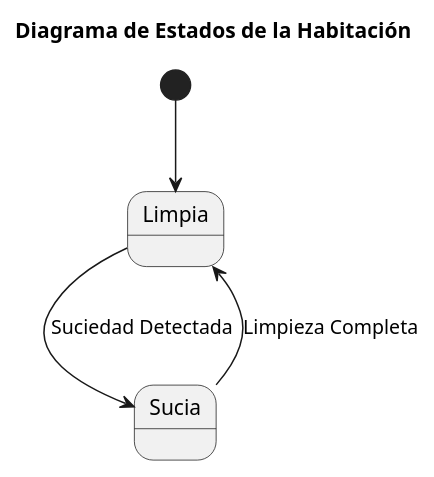
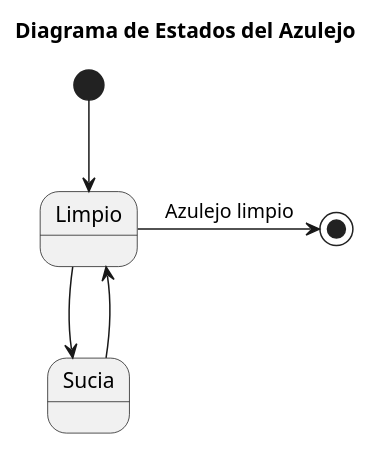
The diagram in modelosUML/DiagramaDeEstadopt2.puml (mmasias/23-24-IdSw2-SDD), drawn with PlantUML before and after one commit. The commit also changed 3 other files, not shown here.

Commit message:
fix/diagrams

```diff
--- a/modelosUML/DiagramaDeEstadopt2.puml
+++ b/modelosUML/DiagramaDeEstadopt2.puml
@@ -1,11 +1,10 @@
 @startuml
-title Diagrama de Estados de la Habitación
+title Diagrama de Estados del Azulejo
 
-[*] --> Limpia
+[*] --> Limpio
 
-Limpia --> Sucia: Suciedad Detectada
-Sucia --> Limpia: Limpieza Completa
-
-
+Limpio --> Sucia
+Sucia --> Limpio
+Limpio -r-> [*] : Azulejo limpio
 
 @enduml
```
